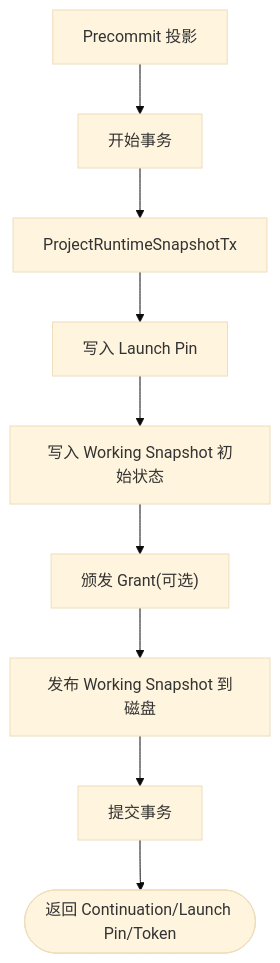
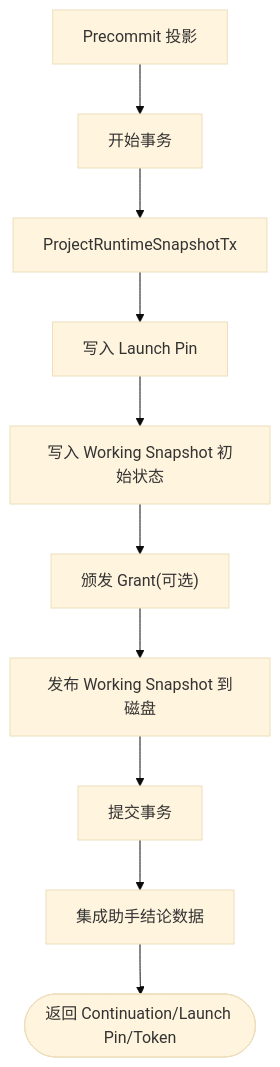
One commit to n1majne3/CyberPenda changed diagram 11 of 12 in .qoder/repowiki/zh/content/核心架构/控制平面 - Daemon服务/任务生命周期管理/任务生命周期管理.md. Above: the diagram before and after it, drawn with Mermaid (base theme). The commit also changed other lines of this file and 6 other files, not shown here.

````diff
--- a/.qoder/repowiki/zh/content/核心架构/控制平面 - Daemon服务/任务生命周期管理/任务生命周期管理.md
+++ b/.qoder/repowiki/zh/content/核心架构/控制平面 - Daemon服务/任务生命周期管理/任务生命周期管理.md
@@ -377,11 +484,12 @@
 ```mermaid
 flowchart TD
 Prep["Precommit 投影"] --> TxBegin["开始事务"]
 TxBegin --> Project["ProjectRuntimeSnapshotTx"]
 Project --> WritePin["写入 Launch Pin"]
 WritePin --> WriteState["写入 Working Snapshot 初始状态"]
 WriteState --> IssueGrant["颁发 Grant(可选)"]
 IssueGrant --> PublishWS["发布 Working Snapshot 到磁盘"]
 PublishWS --> Commit["提交事务"]
-Commit --> Done(["返回 Continuation/Launch Pin/Token"])
+Commit --> AssistedData["集成助手结论数据"]
+AssistedData --> Done(["返回 Continuation/Launch Pin/Token"])
 ```
````
